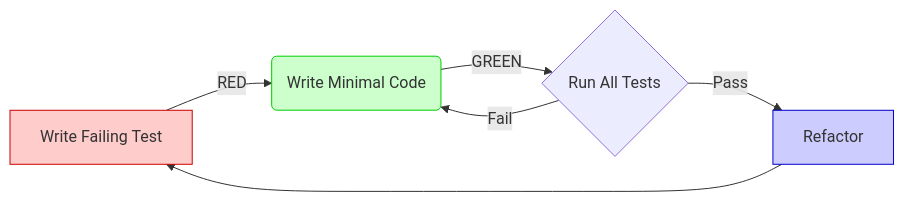
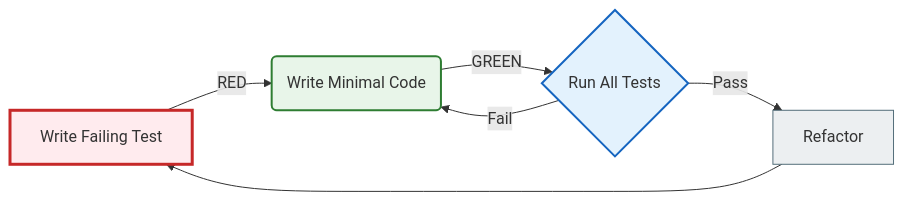
The seventh of 7 diagrams in docs/08_testing_and_quality/testing_foundations_full.md (NikoriakViktot/notes_chat_app), drawn with Mermaid before and after one commit. The commit also changed other lines of this file and 441 other files, not shown here.

First line of the commit message:
Add English version of the book, Mermaid standard, docs fixes

````diff
--- a/docs/08_testing_and_quality/testing_foundations_full.md
+++ b/docs/08_testing_and_quality/testing_foundations_full.md
@@ -1155,12 +1186,17 @@
 ```mermaid
 graph LR
     A[Write Failing Test] -->|RED| B(Write Minimal Code)
     B -->|GREEN| C{Run All Tests}
     C -->|Pass| D[Refactor]
     C -->|Fail| B
     D --> A
 
-    style A fill:#ffcccc,stroke:#cc0000
-    style B fill:#ccffcc,stroke:#00cc00
-    style D fill:#ccccff,stroke:#0000cc
+    classDef step     fill:#eceff1,stroke:#546e7a,stroke-width:1px;
+    classDef decision fill:#e3f2fd,stroke:#1565c0,stroke-width:2px;
+    classDef success  fill:#e8f5e9,stroke:#2e7d32,stroke-width:2px;
+    classDef error    fill:#ffebee,stroke:#c62828,stroke-width:3px;
+    class A error;
+    class B success;
+    class C decision;
+    class D step;
 ```
````
